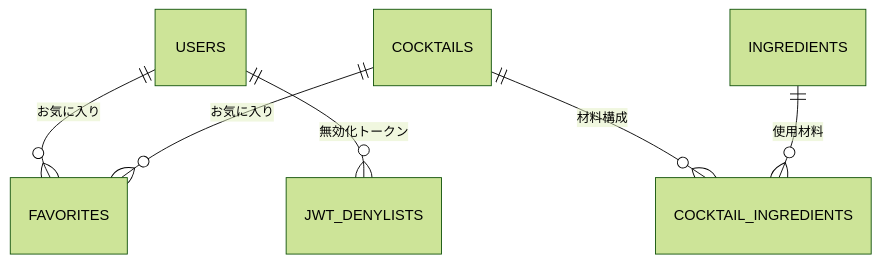
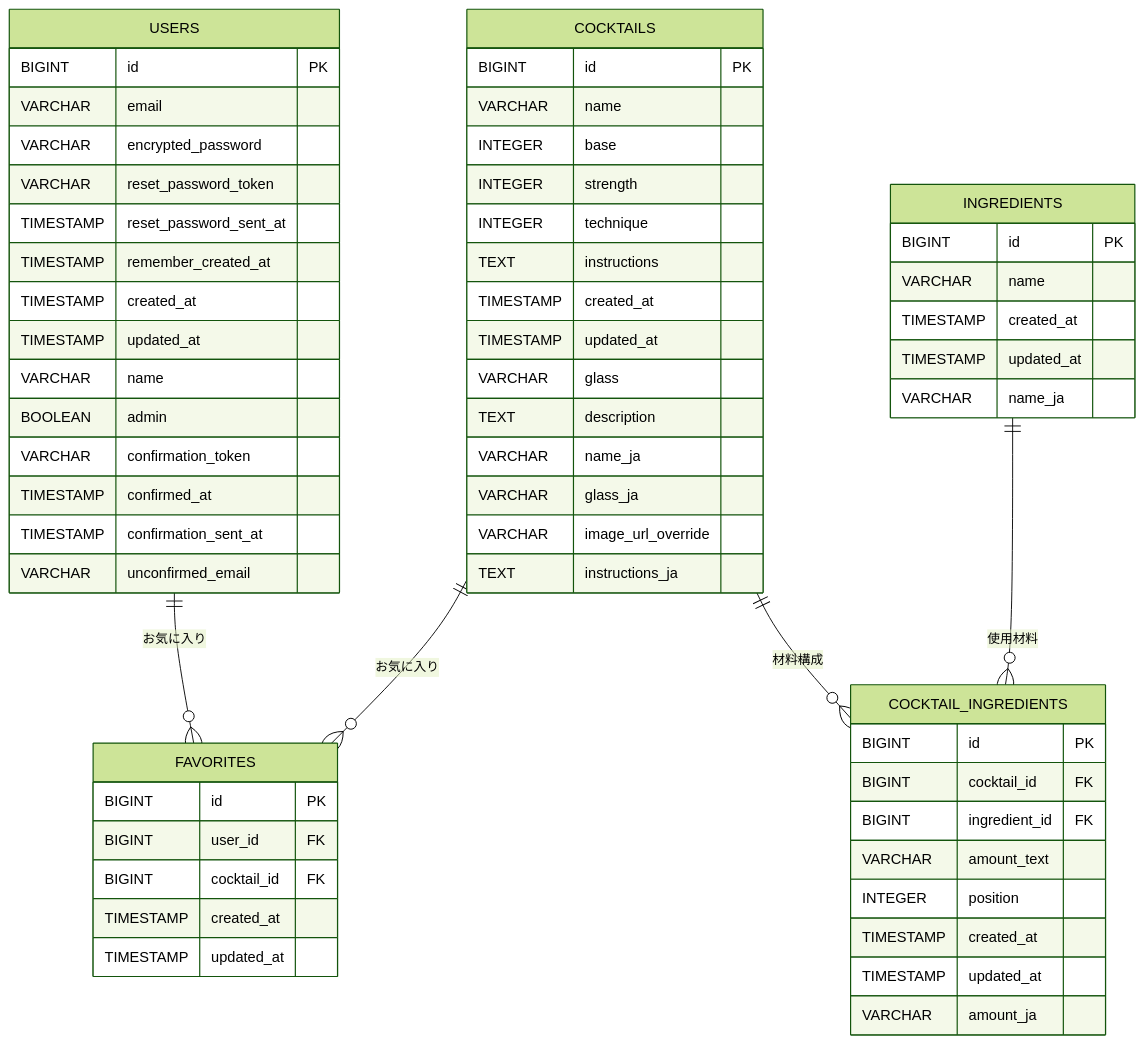
One commit to iakito-dev/todays-cocktail changed the diagram in README.md. Above: the diagram before and after it, drawn with Mermaid (forest theme). The commit also changed other lines of this file, not shown here.

Commit message:
Revise ER diagram in README.md
Updated the ER diagram in the README to include relationships and additional details for the USERS, COCKTAILS, INGREDIENTS, COCKTAIL_INGREDIENTS, and FAVORITES tables.

````diff
--- a/README.md
+++ b/README.md
@@ -73,8 +73,71 @@
 ```mermaid
 erDiagram
+
+  USERS {
+    BIGINT id PK
+    VARCHAR email
+    VARCHAR encrypted_password
+    VARCHAR reset_password_token
+    TIMESTAMP reset_password_sent_at
+    TIMESTAMP remember_created_at
+    TIMESTAMP created_at
+    TIMESTAMP updated_at
+    VARCHAR name
+    BOOLEAN admin
+    VARCHAR confirmation_token
+    TIMESTAMP confirmed_at
+    TIMESTAMP confirmation_sent_at
+    VARCHAR unconfirmed_email
+  }
+
+  COCKTAILS {
+    BIGINT id PK
+    VARCHAR name
+    INTEGER base
+    INTEGER strength
+    INTEGER technique
+    TEXT instructions
+    TIMESTAMP created_at
+    TIMESTAMP updated_at
+    VARCHAR glass
+    TEXT description
+    VARCHAR name_ja
+    VARCHAR glass_ja
+    VARCHAR image_url_override
+    TEXT instructions_ja
+  }
+
+  INGREDIENTS {
+    BIGINT id PK
+    VARCHAR name
+    TIMESTAMP created_at
+    TIMESTAMP updated_at
+    VARCHAR name_ja
+  }
+
+  COCKTAIL_INGREDIENTS {
+    BIGINT id PK
+    BIGINT cocktail_id FK
+    BIGINT ingredient_id FK
+    VARCHAR amount_text
+    INTEGER position
+    TIMESTAMP created_at
+    TIMESTAMP updated_at
+    VARCHAR amount_ja
+  }
+
+  FAVORITES {
+    BIGINT id PK
+    BIGINT user_id FK
+    BIGINT cocktail_id FK
+    TIMESTAMP created_at
+    TIMESTAMP updated_at
+  }
+
+  %% Relationships
   USERS ||--o{ FAVORITES : "お気に入り"
   COCKTAILS ||--o{ FAVORITES : "お気に入り"
+
   COCKTAILS ||--o{ COCKTAIL_INGREDIENTS : "材料構成"
   INGREDIENTS ||--o{ COCKTAIL_INGREDIENTS : "使用材料"
-  USERS ||--o{ JWT_DENYLISTS : "無効化トークン"
 ```
````
